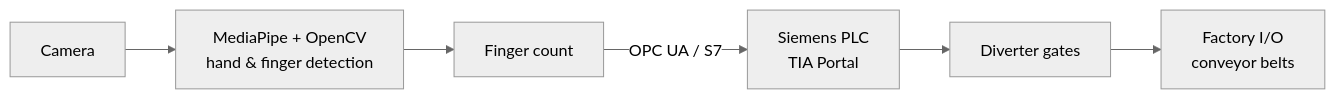
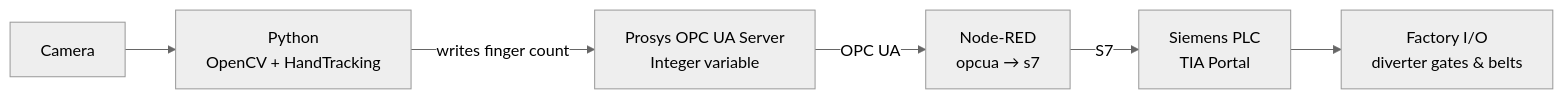
One commit to grzegorzczy/PLC_ComputerVision changed the diagram in README.md. Above: the diagram before and after it, drawn with Mermaid (neutral theme). The commit also changed other lines of this file, not shown here.

````diff
--- a/README.md
+++ b/README.md
@@ -9,8 +11,8 @@
 ```mermaid
 flowchart LR
-    A[Camera] --> B[MediaPipe + OpenCV<br/>hand & finger detection]
-    B --> C[Finger count]
-    C -->|OPC UA / S7| D[Siemens PLC<br/>TIA Portal]
-    D --> E[Diverter gates]
-    E --> F[Factory I/O<br/>conveyor belts]
+    A[Camera] --> B[Python<br/>OpenCV + HandTracking]
+    B -->|writes finger count| C[Prosys OPC UA Server<br/>Integer variable]
+    C -->|OPC UA| D[Node-RED<br/>opcua &rarr; s7]
+    D -->|S7| E[Siemens PLC<br/>TIA Portal]
+    E --> F[Factory I/O<br/>diverter gates & belts]
 ```
````
